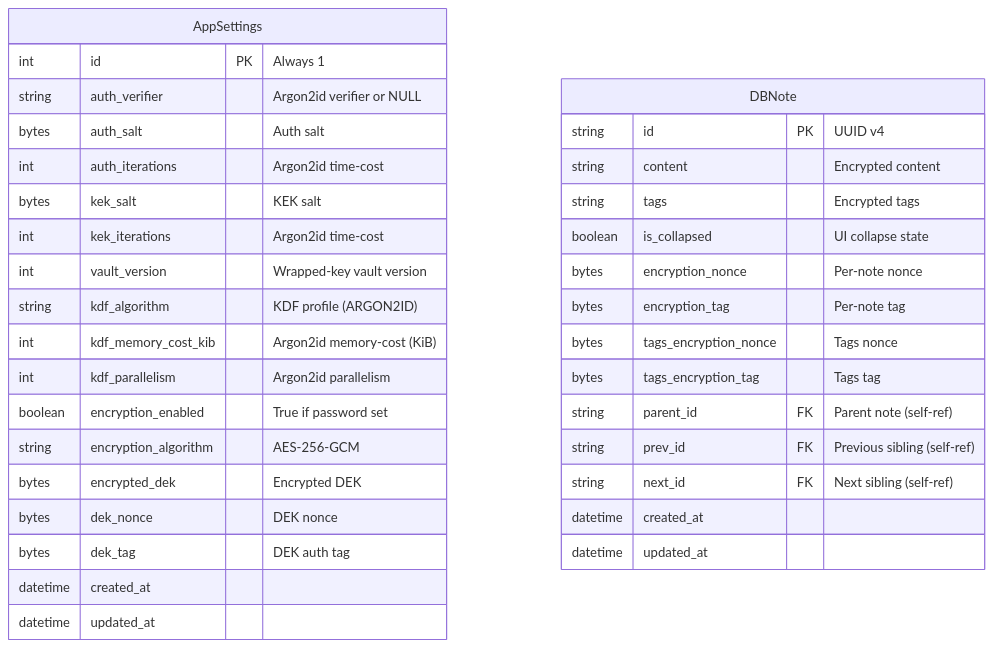
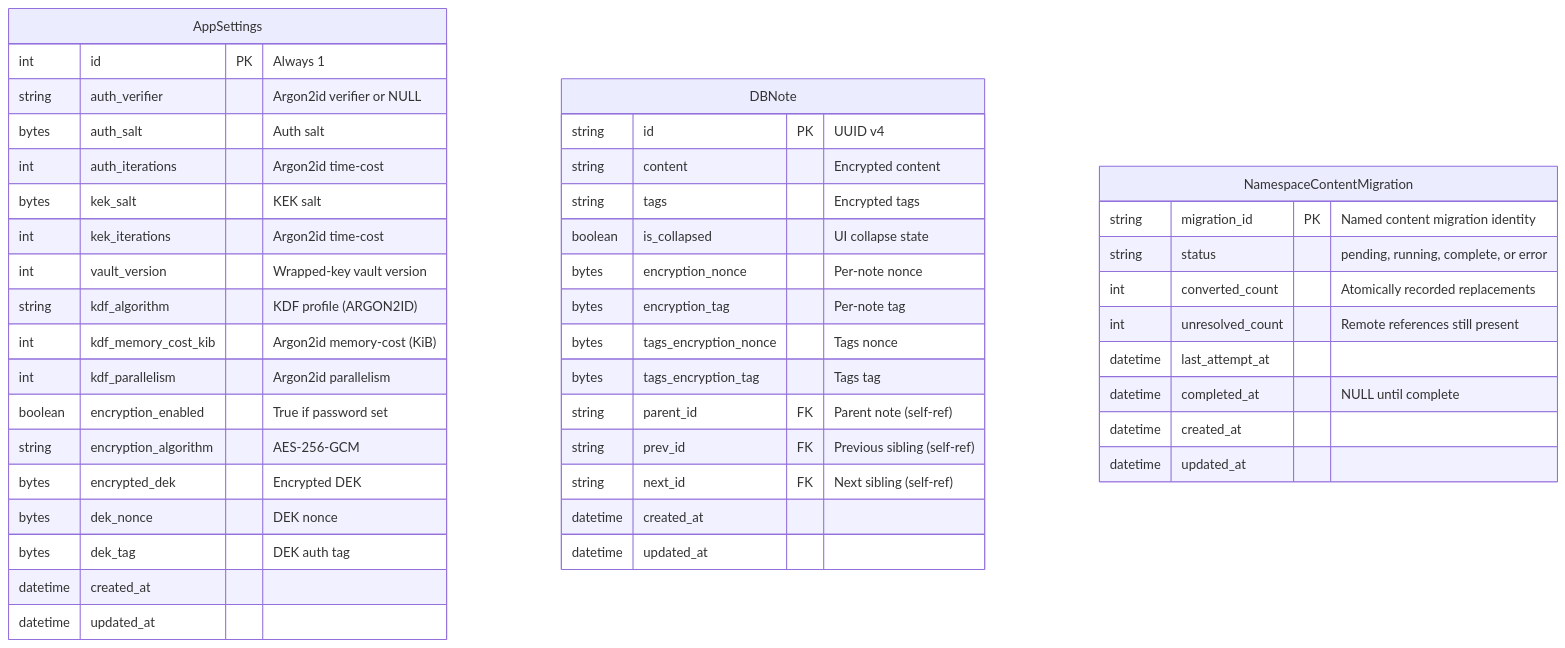
The diagram in docs/diagrams/database-schema.md (evolvingstuff/metalist), drawn with Mermaid before and after one commit. The commit also changed other lines of this file and 28 other files, not shown here.

````diff
--- a/docs/diagrams/database-schema.md
+++ b/docs/diagrams/database-schema.md
@@ -5,38 +5,49 @@
 ```mermaid
 erDiagram
     AppSettings {
         int id PK "Always 1"
         string auth_verifier "Argon2id verifier or NULL"
         bytes auth_salt "Auth salt"
         int auth_iterations "Argon2id time-cost"
         bytes kek_salt "KEK salt"
         int kek_iterations "Argon2id time-cost"
         int vault_version "Wrapped-key vault version"
         string kdf_algorithm "KDF profile (ARGON2ID)"
         int kdf_memory_cost_kib "Argon2id memory-cost (KiB)"
         int kdf_parallelism "Argon2id parallelism"
         boolean encryption_enabled "True if password set"
         string encryption_algorithm "AES-256-GCM"
         bytes encrypted_dek "Encrypted DEK"
         bytes dek_nonce "DEK nonce"
         bytes dek_tag "DEK auth tag"
         datetime created_at
         datetime updated_at
     }
     
     DBNote {
         string id PK "UUID v4"
         string content "Encrypted content"
         string tags "Encrypted tags"
         boolean is_collapsed "UI collapse state"
         bytes encryption_nonce "Per-note nonce"
         bytes encryption_tag "Per-note tag"
         bytes tags_encryption_nonce "Tags nonce"
         bytes tags_encryption_tag "Tags tag"
         string parent_id FK "Parent note (self-ref)"
         string prev_id FK "Previous sibling (self-ref)"
         string next_id FK "Next sibling (self-ref)"
         datetime created_at
         datetime updated_at
     }
+
+    NamespaceContentMigration {
+        string migration_id PK "Named content migration identity"
+        string status "pending, running, complete, or error"
+        int converted_count "Atomically recorded replacements"
+        int unresolved_count "Remote references still present"
+        datetime last_attempt_at
+        datetime completed_at "NULL until complete"
+        datetime created_at
+        datetime updated_at
+    }
 ```
````
